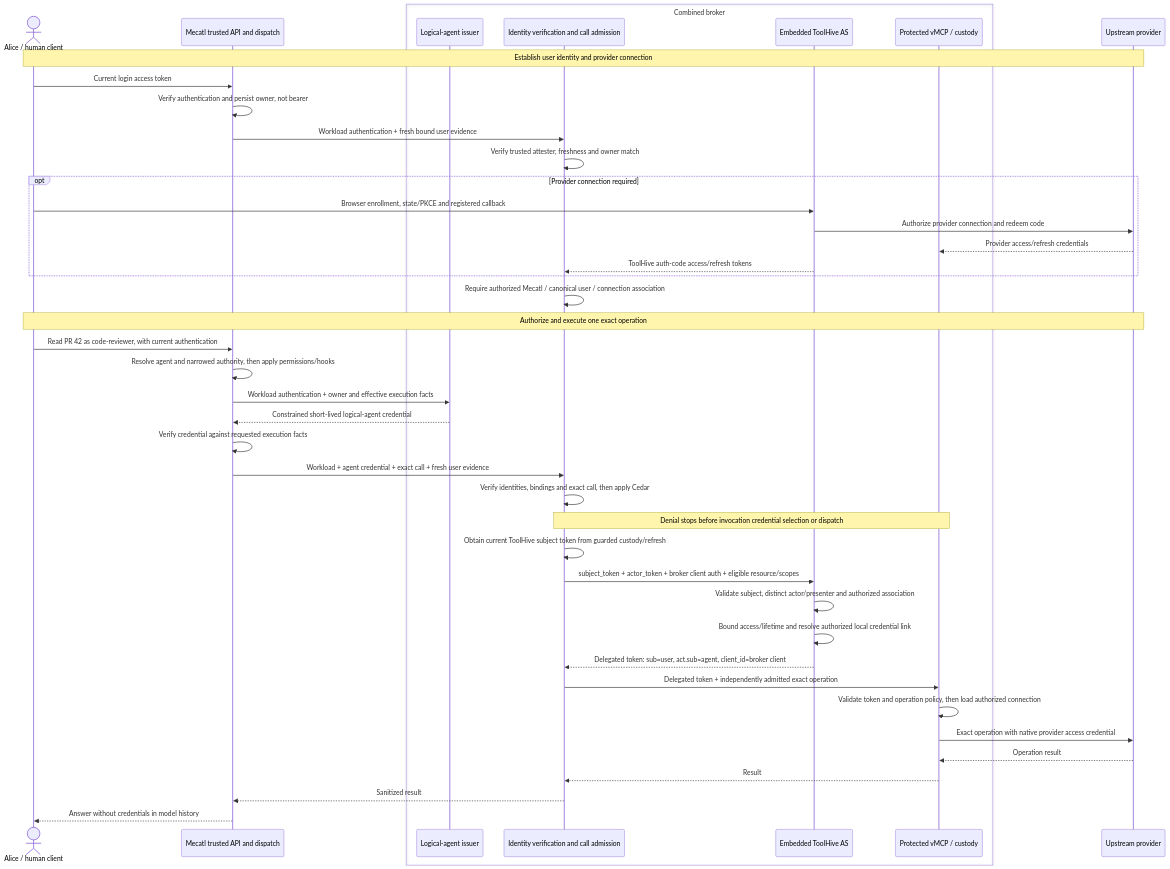
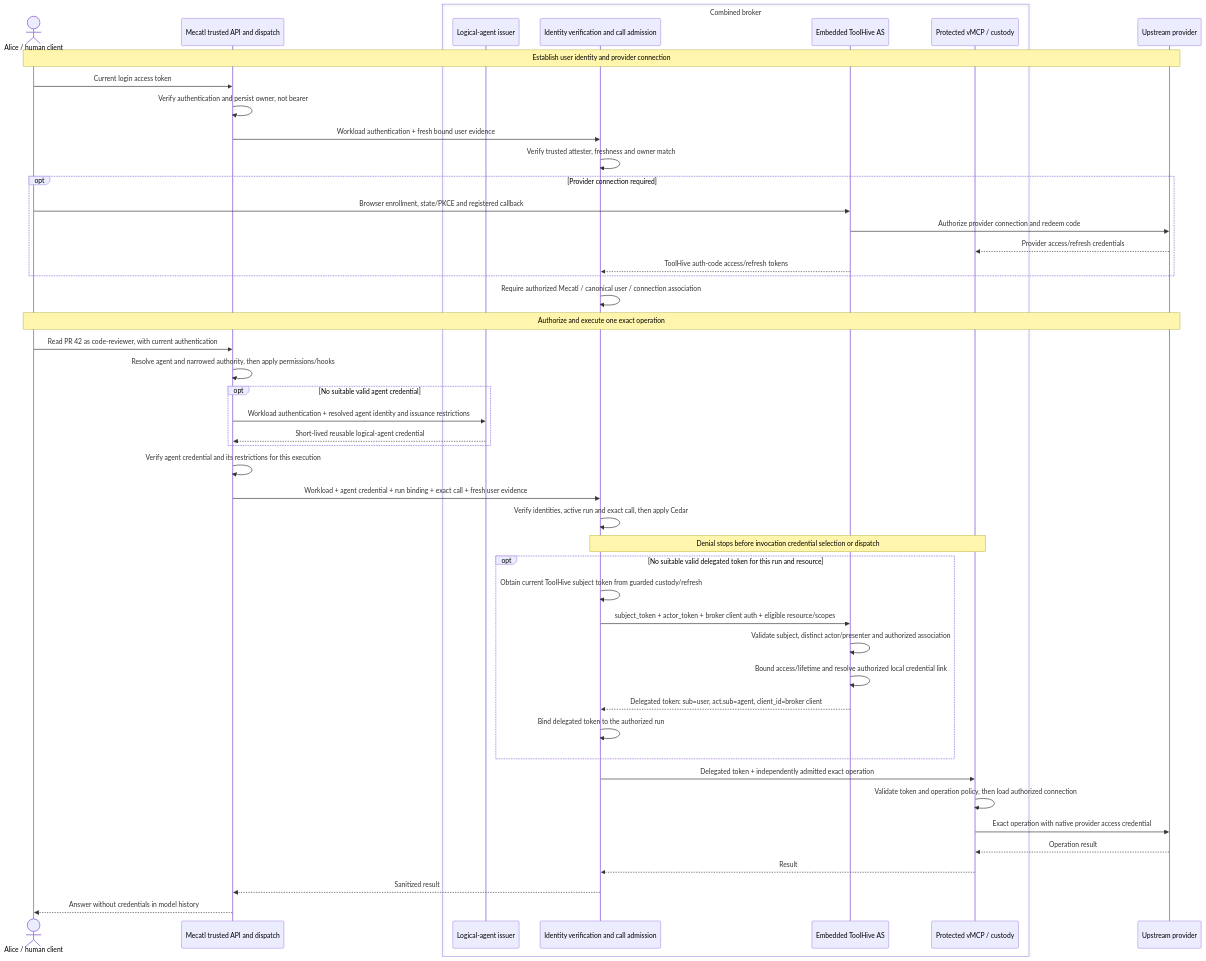
The fifth of 5 diagrams in docs/agent-authority.md (stacklok/mecatl), drawn with Mermaid before and after one commit. The commit also changed other lines of this file and 1 other file, not shown here.

Commit message:
Creds lifetime changes

````diff
--- a/docs/agent-authority.md
+++ b/docs/agent-authority.md
@@ -163,47 +175,52 @@
 ```mermaid
 sequenceDiagram
     actor U as Alice / human client
     participant H as Mecatl trusted API and dispatch
     box Combined broker
         participant I as Logical-agent issuer
         participant B as Identity verification and call admission
         participant A as Embedded ToolHive AS
         participant V as Protected vMCP / custody
     end
     participant P as Upstream provider
 
     Note over U,P: Establish user identity and provider connection
     U->>H: Current login access token
     H->>H: Verify authentication and persist owner, not bearer
     H->>B: Workload authentication + fresh bound user evidence
     B->>B: Verify trusted attester, freshness and owner match
     opt Provider connection required
         U->>A: Browser enrollment, state/PKCE and registered callback
         A->>P: Authorize provider connection and redeem code
         P-->>V: Provider access/refresh credentials
         A-->>B: ToolHive auth-code access/refresh tokens
     end
     B->>B: Require authorized Mecatl / canonical user / connection association
 
     Note over U,P: Authorize and execute one exact operation
     U->>H: Read PR 42 as code-reviewer, with current authentication
     H->>H: Resolve agent and narrowed authority, then apply permissions/hooks
-    H->>I: Workload authentication + owner and effective execution facts
-    I-->>H: Constrained short-lived logical-agent credential
-    H->>H: Verify credential against requested execution facts
-    H->>B: Workload + agent credential + exact call + fresh user evidence
-    B->>B: Verify identities, bindings and exact call, then apply Cedar
+    opt No suitable valid agent credential
+        H->>I: Workload authentication + resolved agent identity and issuance restrictions
+        I-->>H: Short-lived reusable logical-agent credential
+    end
+    H->>H: Verify agent credential and its restrictions for this execution
+    H->>B: Workload + agent credential + run binding + exact call + fresh user evidence
+    B->>B: Verify identities, active run and exact call, then apply Cedar
     Note over B,V: Denial stops before invocation credential selection or dispatch
-    B->>B: Obtain current ToolHive subject token from guarded custody/refresh
-    B->>A: subject_token + actor_token + broker client auth + eligible resource/scopes
-    A->>A: Validate subject, distinct actor/presenter and authorized association
-    A->>A: Bound access/lifetime and resolve authorized local credential link
-    A-->>B: Delegated token: sub=user, act.sub=agent, client_id=broker client
+    opt No suitable valid delegated token for this run and resource
+        B->>B: Obtain current ToolHive subject token from guarded custody/refresh
+        B->>A: subject_token + actor_token + broker client auth + eligible resource/scopes
+        A->>A: Validate subject, distinct actor/presenter and authorized association
+        A->>A: Bound access/lifetime and resolve authorized local credential link
+        A-->>B: Delegated token: sub=user, act.sub=agent, client_id=broker client
+        B->>B: Bind delegated token to the authorized run
+    end
     B->>V: Delegated token + independently admitted exact operation
     V->>V: Validate token and operation policy, then load authorized connection
     V->>P: Exact operation with native provider access credential
     P-->>V: Operation result
     V-->>B: Result
     B-->>H: Sanitized result
     H-->>U: Answer without credentials in model history
 ```
````
